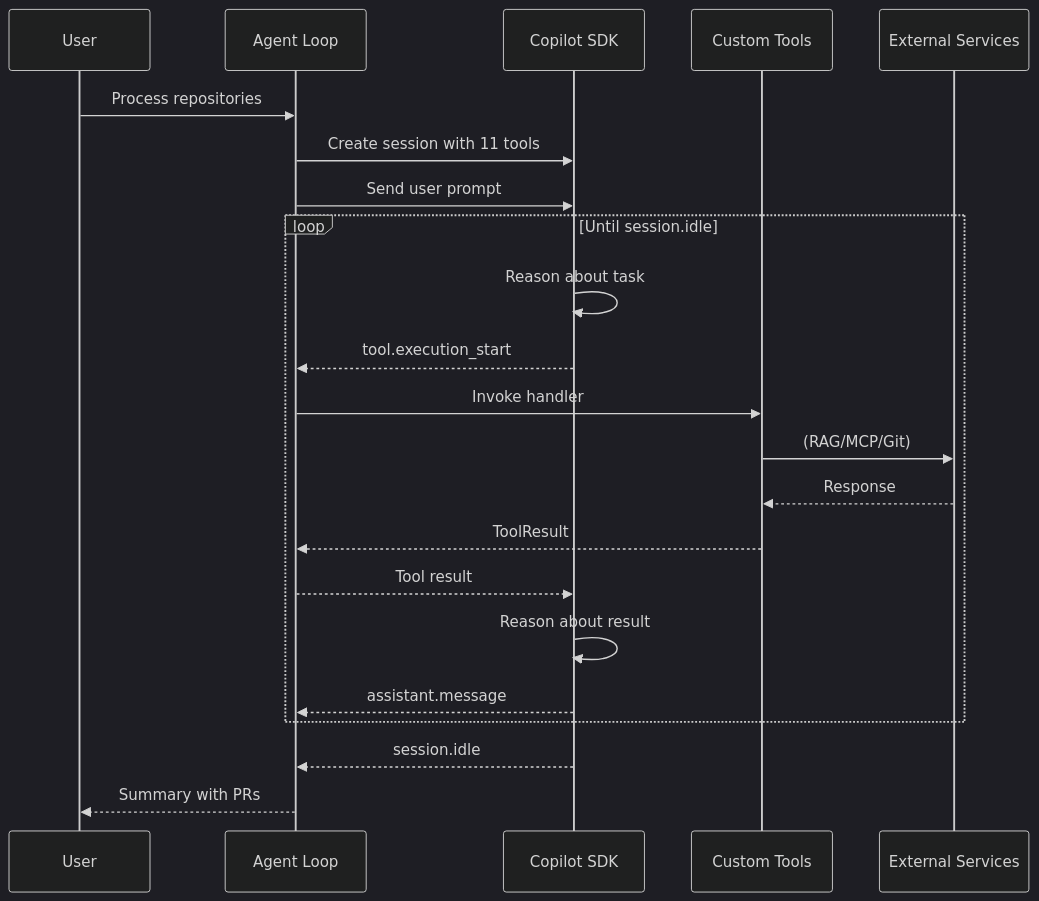
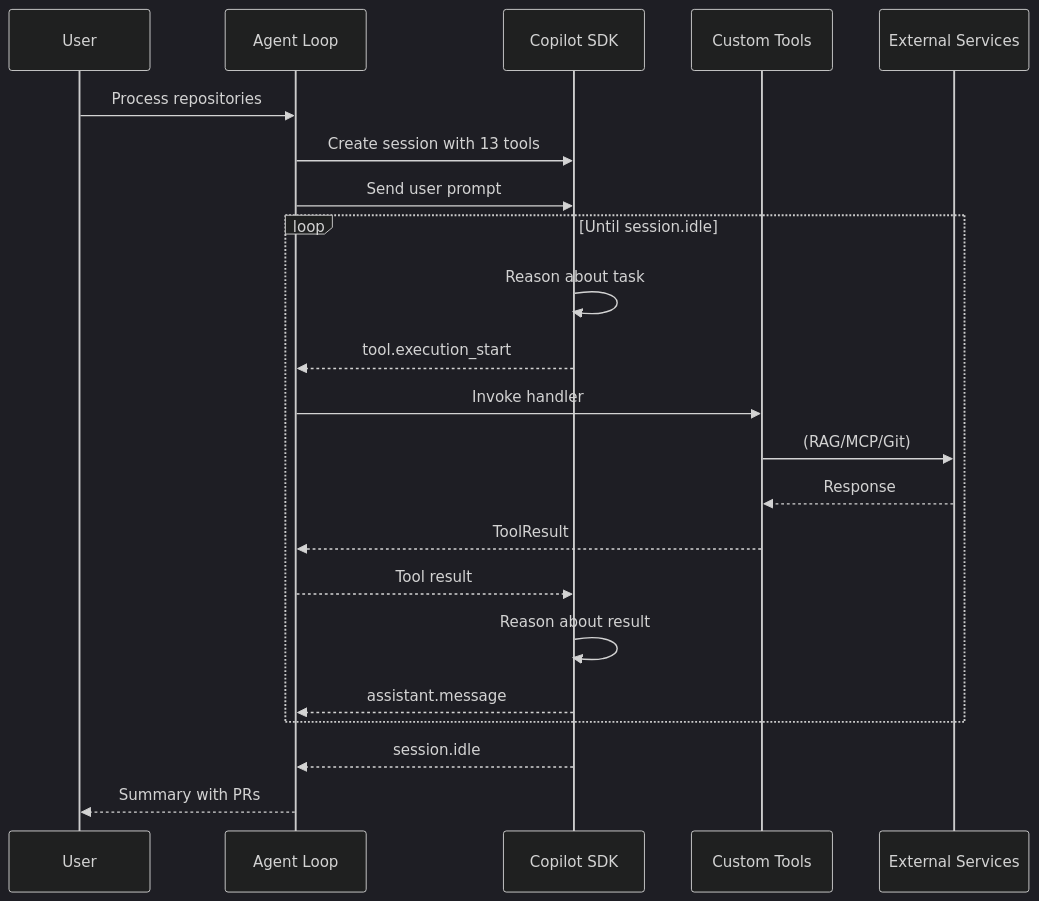
One commit to MSFT-Innovation-Hub-India/GHCP-CLI-SDK-PR-AUTOMATION changed the second of 4 diagrams in docs/ARCHITECTURE_FLOW.md. Above: the diagram before and after it, drawn with Mermaid (dark theme). The commit also changed other lines of this file and 3 other files, not shown here.

````diff
--- a/docs/ARCHITECTURE_FLOW.md
+++ b/docs/ARCHITECTURE_FLOW.md
@@ -66,27 +68,27 @@
 ```mermaid
 sequenceDiagram
     participant User
     participant AgentLoop as Agent Loop
     participant SDK as Copilot SDK
     participant Tools as Custom Tools
     participant External as External Services
 
     User->>AgentLoop: Process repositories
-    AgentLoop->>SDK: Create session with 11 tools
+    AgentLoop->>SDK: Create session with 13 tools
     AgentLoop->>SDK: Send user prompt
     
     loop Until session.idle
         SDK->>SDK: Reason about task
         SDK-->>AgentLoop: tool.execution_start
         AgentLoop->>Tools: Invoke handler
         Tools->>External: (RAG/MCP/Git)
         External-->>Tools: Response
         Tools-->>AgentLoop: ToolResult
         AgentLoop-->>SDK: Tool result
         SDK->>SDK: Reason about result
         SDK-->>AgentLoop: assistant.message
     end
     
     SDK-->>AgentLoop: session.idle
     AgentLoop-->>User: Summary with PRs
 ```
````
